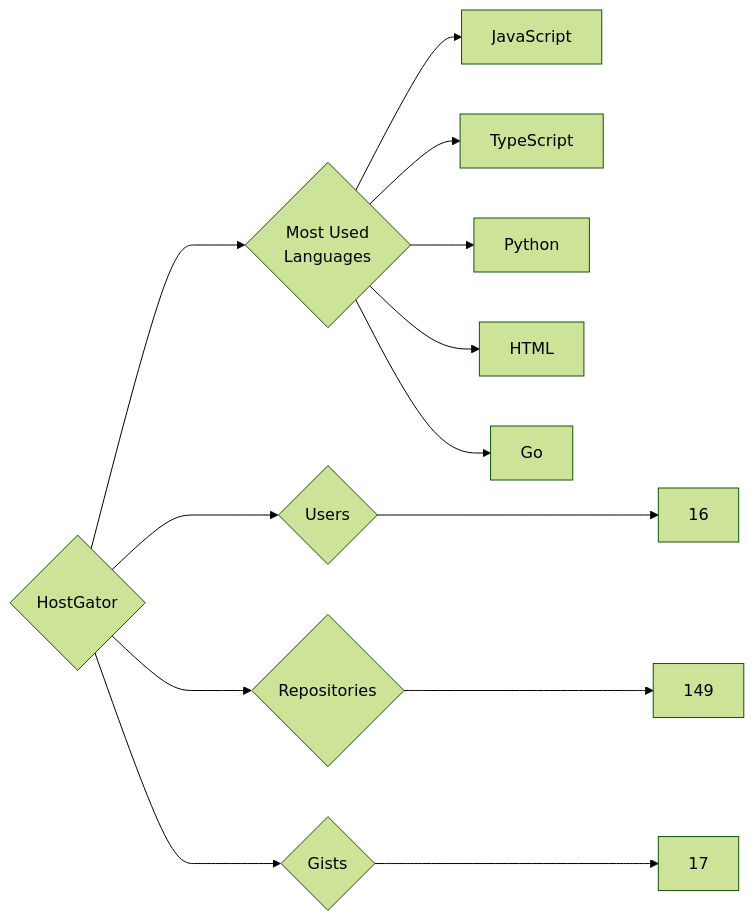
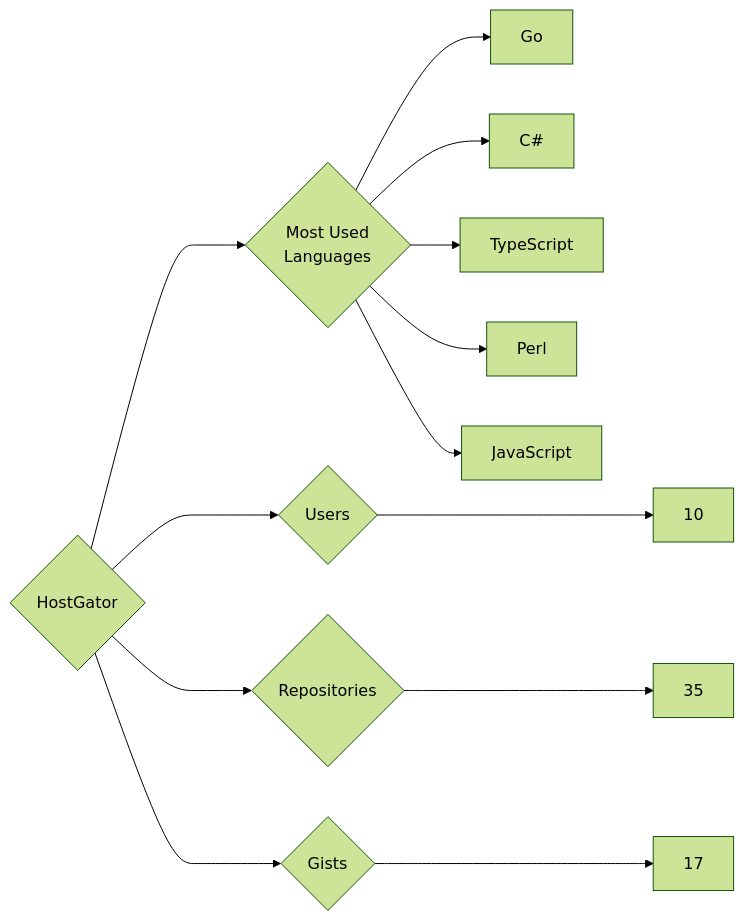
Before and after one commit to trickest/insiders: the diagram in targets/HostGator/README.md, drawn with Mermaid (forest theme). The commit also changed 773 other files, not shown here.

````diff
--- a/targets/HostGator/README.md
+++ b/targets/HostGator/README.md
@@ -3,13 +3,13 @@
 ```mermaid
 graph LR
 COMPANY_NAME{HostGator}
-COMPANY_NAME ---> U{Users} ---> UN[16]
-COMPANY_NAME ---> R{Repositories} ---> RN[149]
+COMPANY_NAME ---> U{Users} ---> UN[10]
+COMPANY_NAME ---> R{Repositories} ---> RN[35]
 COMPANY_NAME ---> G{Gists} ---> GN[17]
 COMPANY_NAME ---> ML{Most Used<br>Languages}
+ML --> Go[Go]
+ML --> C#[C#]
+ML --> TypeScript[TypeScript]
+ML --> Perl[Perl]
 ML --> JavaScript[JavaScript]
-ML --> TypeScript[TypeScript]
-ML --> Python[Python]
-ML --> HTML[HTML]
-ML --> Go[Go]
 ```
````
